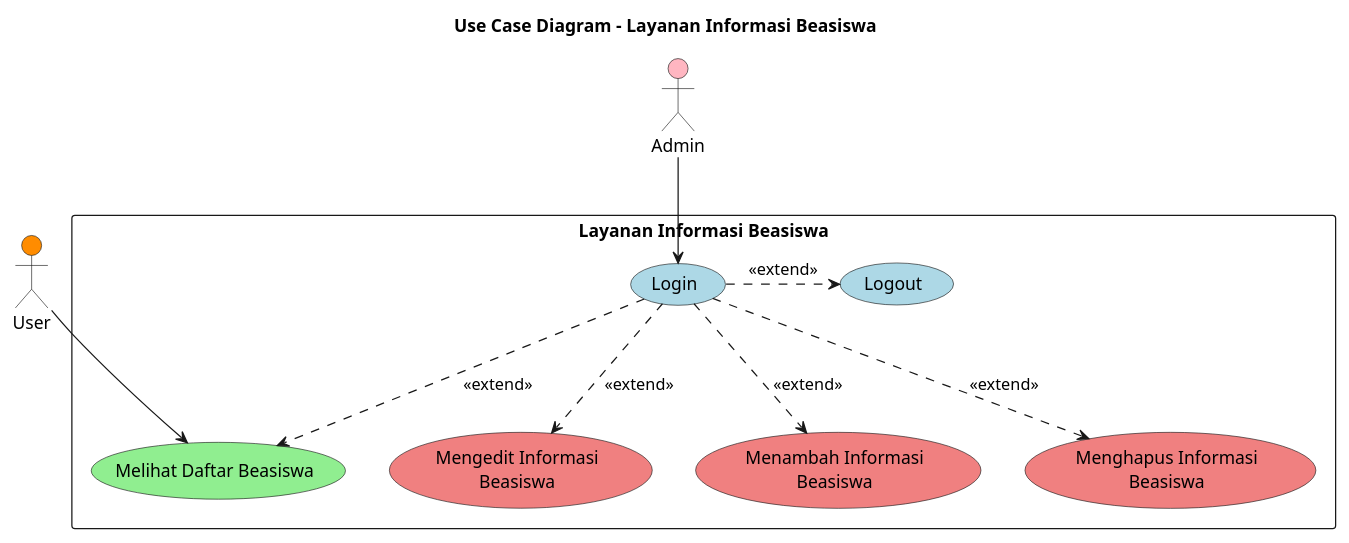
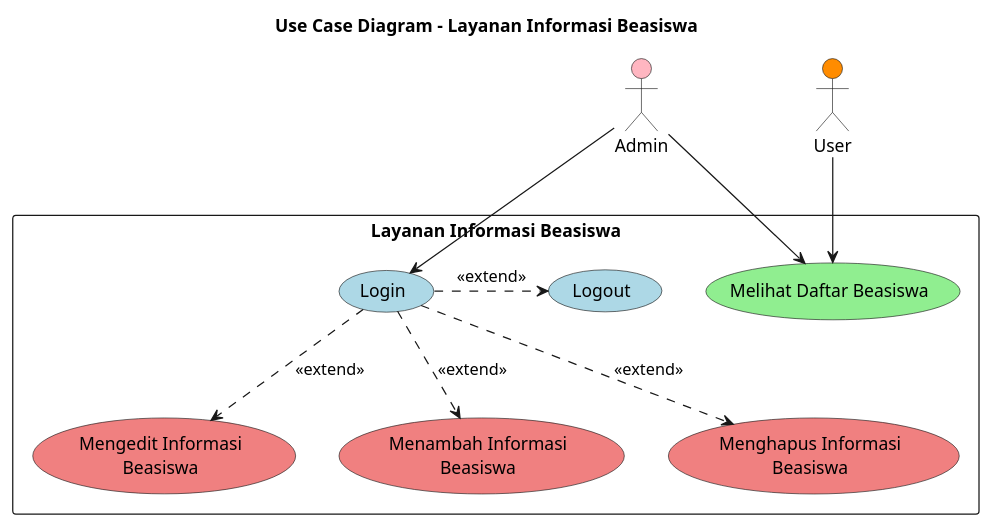
Before and after one commit to RizqiMaulana14/Project: the first of 2 diagrams in usecase.puml, drawn with PlantUML. The commit also changed 2 other files, not shown here.

```diff
--- a/usecase.puml
+++ b/usecase.puml
@@ -1,38 +1,38 @@
 @startuml
 title Use Case Diagram - Layanan Informasi Beasiswa
 'left to right direction
 
 actor Admin #LightPink
 actor User #Darkorange
 
 rectangle "Layanan Informasi Beasiswa" {
     usecase "Login" as UC0 #LightBlue
     usecase "Logout" as UC1 #LightBlue
     'usecase "Registrasi" as UC2 #LightBlue
 
     'usecase "Melakukan\nPemesanan" as UC3 #LightGreen
     'usecase "Mencetak\nStruk" as UC4 #LightGreen
     usecase "Melihat Daftar Beasiswa" as UC5 #LightGreen
     'usecase "Mengembalikan PS" as UC6 #LightGreen
     'usecase "Mengelola Data Diri (Profil)" as UC7 #LightGreen
 
     usecase "Mengedit Informasi\nBeasiswa" as UC8 #LightCoral
     usecase "Menambah Informasi\nBeasiswa" as UC9 #LightCoral
     usecase "Menghapus Informasi\nBeasiswa" as UC10 #LightCoral
 }
     
 UC0 .> UC1 : <<extend>>
 'UC2 ..>UC0 : <<include>>
 UC0 ..>UC9 : <<extend>>
 UC0 ..>UC10 : <<extend>>
 UC0 ..>UC8 : <<extend>>
 'UC9 ..>UC4 : <<extend>>
 'UC0 ..>UC3 : <<extend>>
-UC0 ..>UC5 : <<extend>>
 'UC3 ..>UC6 : <<extend>>
 'UC0 ..>UC7 : <<extend>>
 'UC3 ..> UC4 : <<extend>>
 
+Admin -->UC5
 Admin -->UC0
 User-->UC5
 @enduml
```
